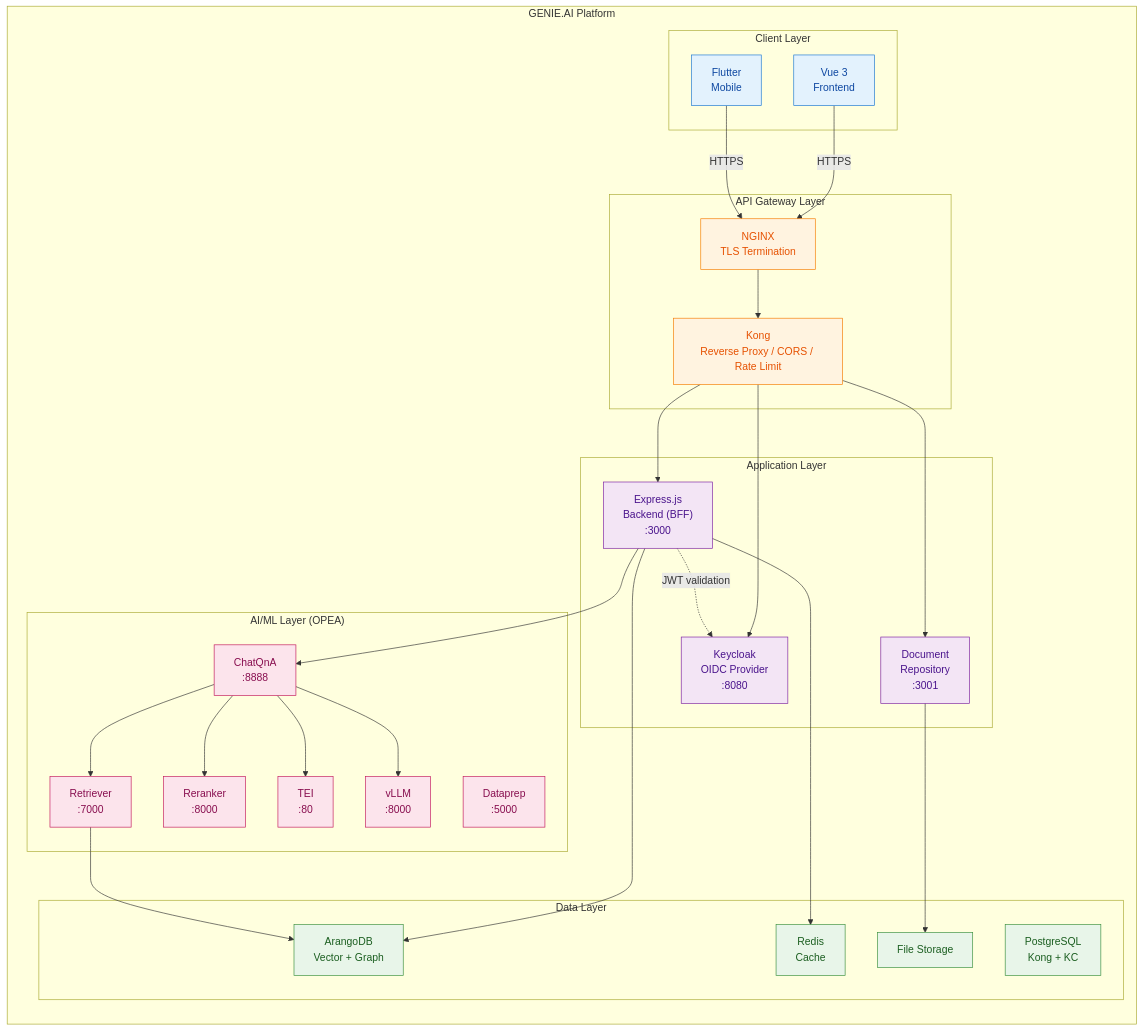
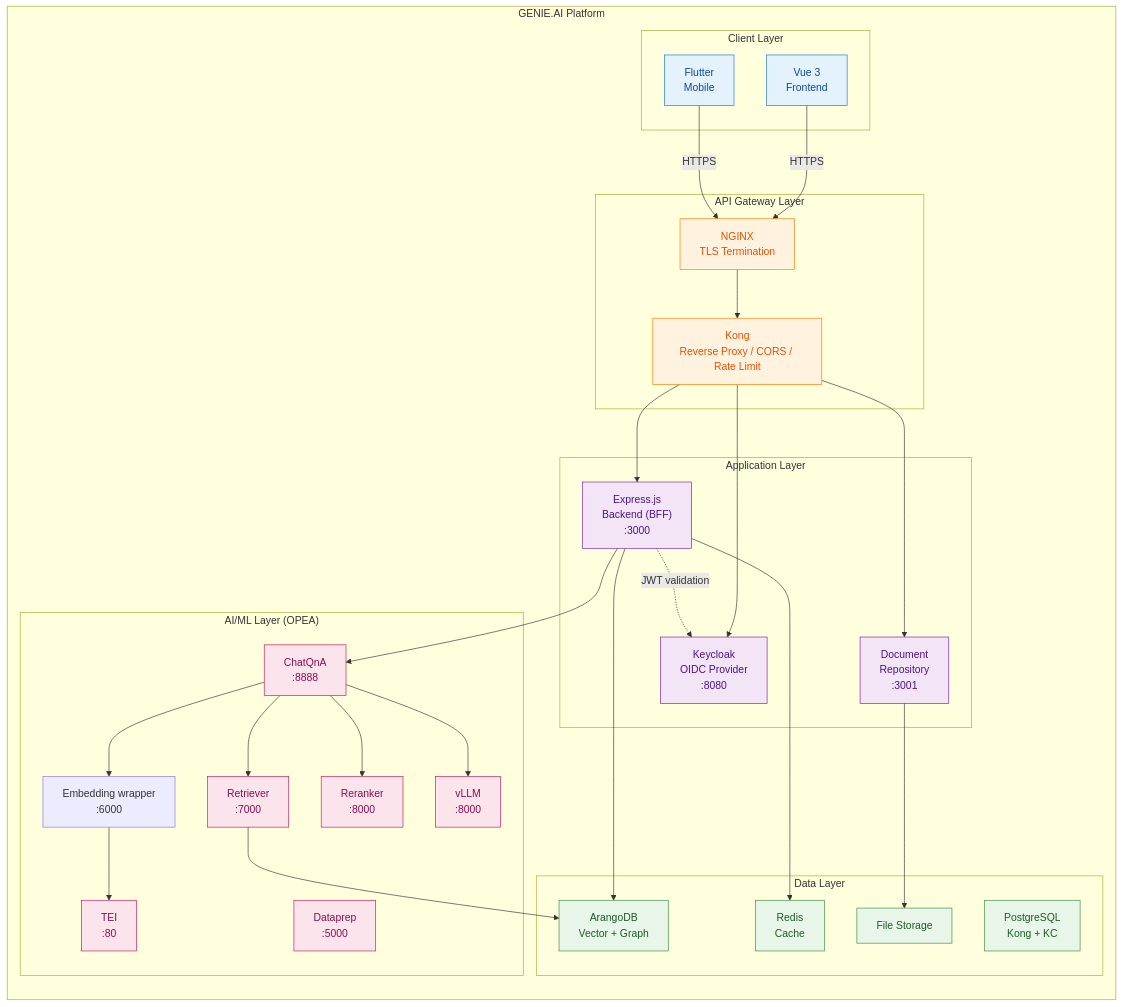
The first of 6 diagrams in site/content/en/docs/core/integration-architecture.md (jrevillard/genie-ai-replica), drawn with Mermaid before and after one commit. The commit also changed other lines of this file and 2 other files, not shown here.

````diff
--- a/site/content/en/docs/core/integration-architecture.md
+++ b/site/content/en/docs/core/integration-architecture.md
@@ -43,67 +43,69 @@
 ```mermaid
 flowchart TB
     subgraph Platform["GENIE.AI Platform"]
         direction TB
 
         subgraph Clients["Client Layer"]
             Vue["Vue 3<br/>Frontend"]
             Flutter["Flutter<br/>Mobile"]
         end
 
         subgraph Gateway["API Gateway Layer"]
             Nginx["NGINX<br/>TLS Termination"]
             Kong["Kong<br/>Reverse Proxy / CORS / Rate Limit"]
             Nginx --> Kong
         end
 
         subgraph App["Application Layer"]
             Backend["Express.js<br/>Backend (BFF)<br/>:3000"]
             DocRepo["Document<br/>Repository<br/>:3001"]
             Keycloak["Keycloak<br/>OIDC Provider<br/>:8080"]
         end
 
         subgraph Data["Data Layer"]
             Arango["ArangoDB<br/>Vector + Graph"]
             Redis["Redis<br/>Cache"]
             Postgres["PostgreSQL<br/>Kong + KC"]
             Files["File Storage"]
         end
 
         subgraph AI["AI/ML Layer (OPEA)"]
             ChatQnA["ChatQnA<br/>:8888"]
+            Embedding["Embedding wrapper<br/>:6000"]
             Retriever["Retriever<br/>:7000"]
             Reranker["Reranker<br/>:8000"]
             TEI["TEI<br/>:80"]
             VLLM["vLLM<br/>:8000"]
             Dataprep["Dataprep<br/>:5000"]
         end
 
         Vue -->|HTTPS| Nginx
         Flutter -->|HTTPS| Nginx
         Kong --> Backend
         Kong --> DocRepo
         Kong --> Keycloak
         Backend --> Arango
         Backend --> Redis
         Backend --> ChatQnA
         DocRepo --> Files
+        ChatQnA --> Embedding
         ChatQnA --> Retriever
         ChatQnA --> Reranker
-        ChatQnA --> TEI
+        Embedding --> TEI
         ChatQnA --> VLLM
         Retriever --> Arango
         Backend -. "JWT validation" .-> Keycloak
     end
 
     classDef client    fill:#e3f2fd,stroke:#1976d2,color:#0d47a1
     classDef gateway   fill:#fff3e0,stroke:#f57c00,color:#e65100
     classDef app       fill:#f3e5f5,stroke:#7b1fa2,color:#4a148c
     classDef data      fill:#e8f5e9,stroke:#388e3c,color:#1b5e20
     classDef ai        fill:#fce4ec,stroke:#c2185b,color:#880e4f
 
     class Vue,Flutter client
     class Nginx,Kong gateway
     class Backend,DocRepo,Keycloak app
     class Arango,Redis,Postgres,Files data
     class ChatQnA,Retriever,Reranker,TEI,VLLM,Dataprep ai
 ```
````
